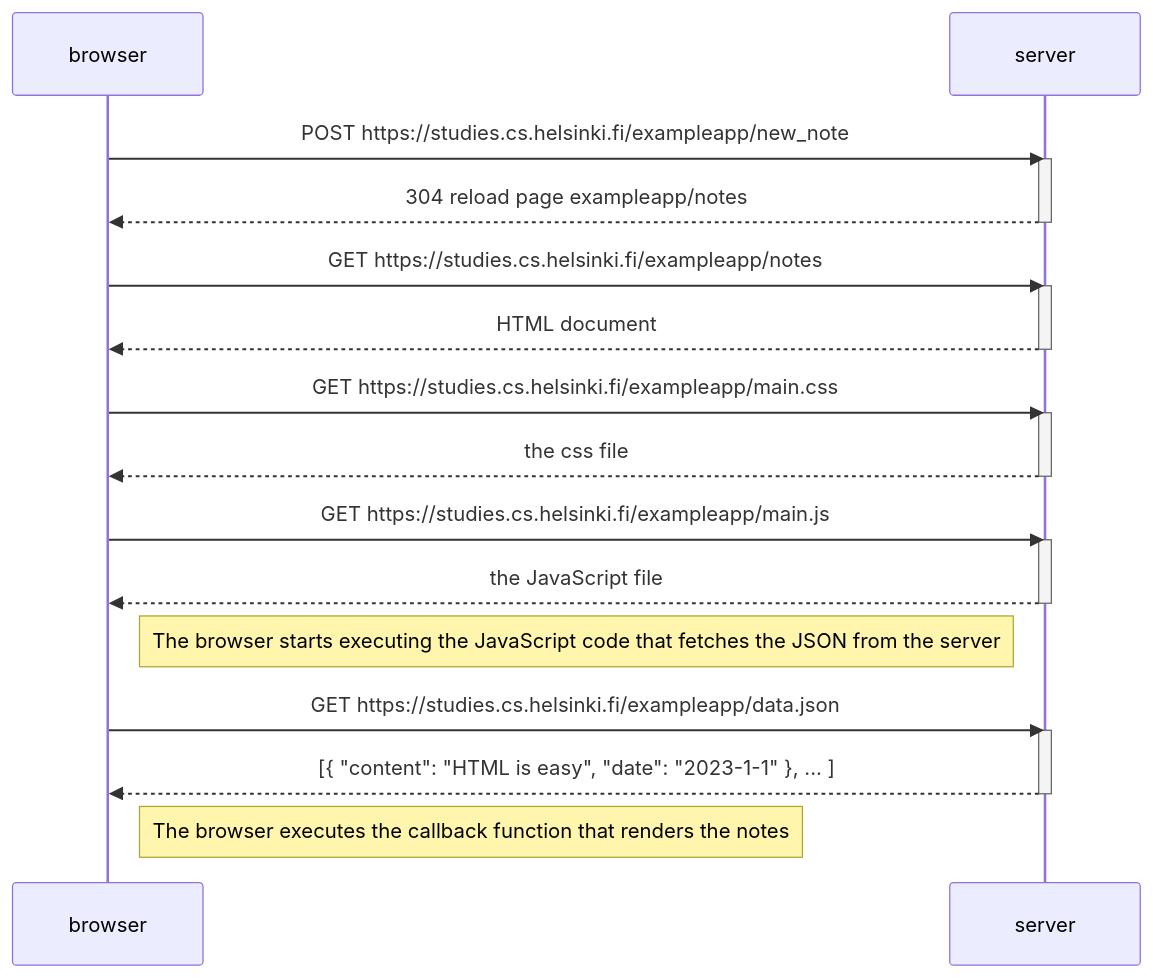
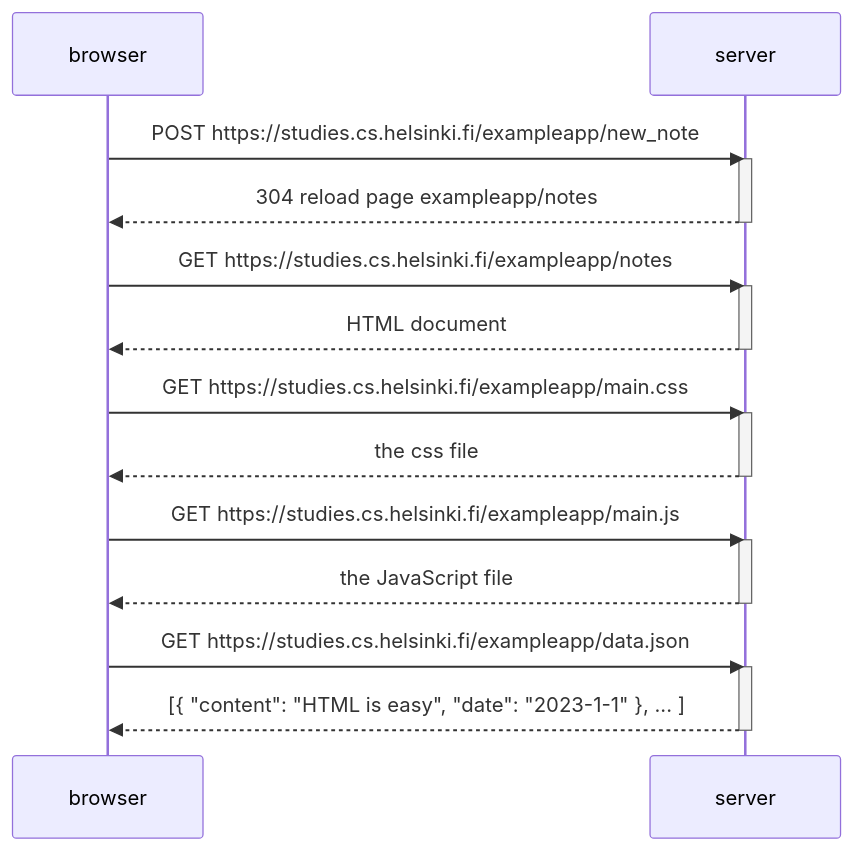
One commit to eduardofuncao/fso changed the diagram in ex04.md. Above: the diagram before and after it, drawn with Mermaid. The commit also changed other lines of this file, not shown here.

````diff
--- a/ex04.md
+++ b/ex04.md
@@ -3,34 +3,30 @@
 ```mermaid
 sequenceDiagram
     participant browser
     participant server
 
     browser->>server: POST https://studies.cs.helsinki.fi/exampleapp/new_note
     activate server
     server-->>browser: 304 reload page exampleapp/notes
     deactivate server
 
     browser->>server: GET https://studies.cs.helsinki.fi/exampleapp/notes
     activate server
     server-->>browser: HTML document
     deactivate server
 
     browser->>server: GET https://studies.cs.helsinki.fi/exampleapp/main.css
     activate server
     server-->>browser: the css file
     deactivate server
 
     browser->>server: GET https://studies.cs.helsinki.fi/exampleapp/main.js
     activate server
     server-->>browser: the JavaScript file
     deactivate server
 
-    Note right of browser: The browser starts executing the JavaScript code that fetches the JSON from the server
-
     browser->>server: GET https://studies.cs.helsinki.fi/exampleapp/data.json
     activate server
     server-->>browser: [{ "content": "HTML is easy", "date": "2023-1-1" }, ... ]
     deactivate server
-
-    Note right of browser: The browser executes the callback function that renders the notes
 ```
````
